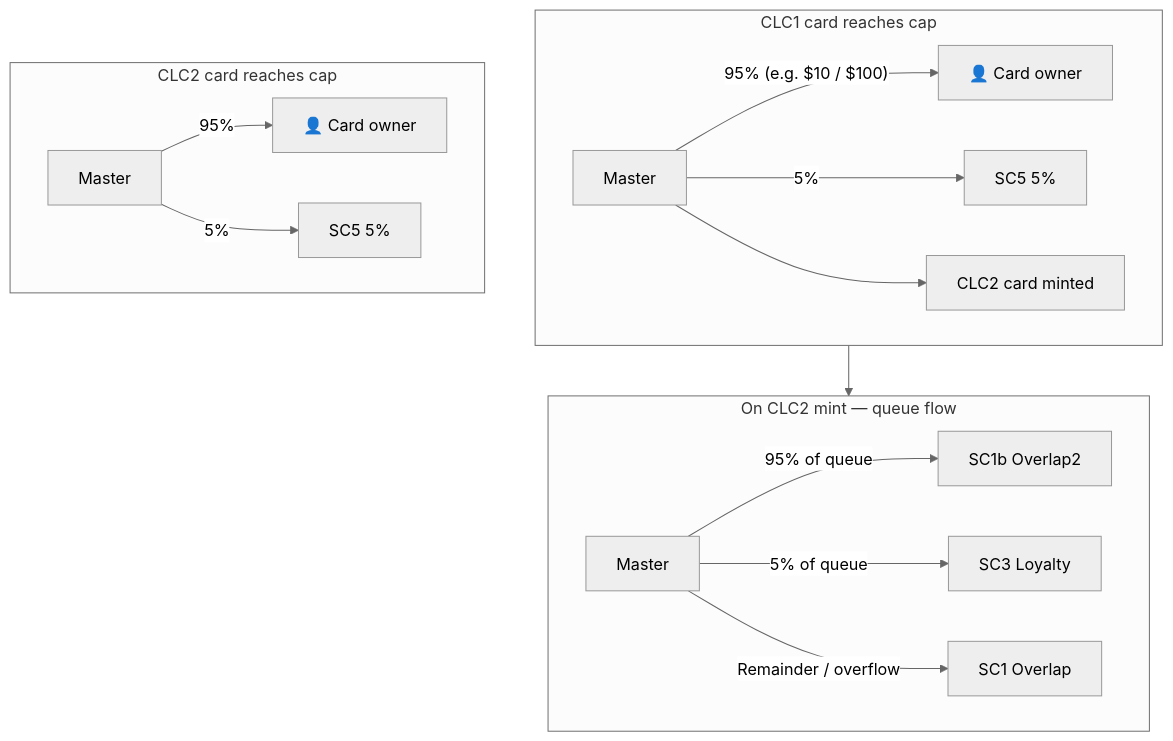
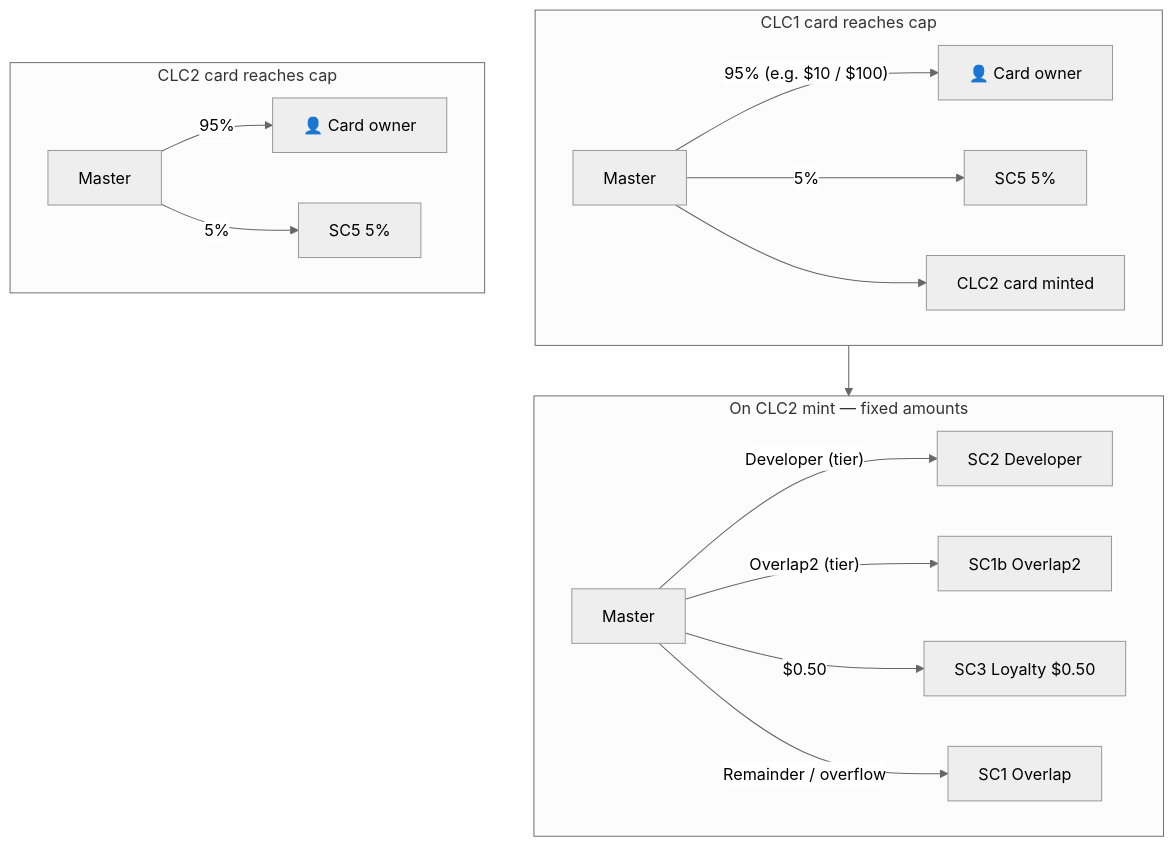
Before and after one commit to psdev0103/TripleC-Doc: the third of 4 diagrams in MAIN_FLOW_AND_CASHFLOW.md, drawn with Mermaid (neutral theme). The commit also changed other lines of this file and 1 other file, not shown here.

````diff
--- a/MAIN_FLOW_AND_CASHFLOW.md
+++ b/MAIN_FLOW_AND_CASHFLOW.md
@@ -350,32 +350,34 @@
 ```mermaid
 flowchart TB
     subgraph CLC1_cap["CLC1 card reaches cap"]
         Master1["Master"]
         User1["👤 Card owner"]
         SC5a["SC5 5%"]
         CLC2["CLC2 card minted"]
         Master1 -->|"95% (e.g. $10 / $100)"| User1
         Master1 -->|"5%"| SC5a
         Master1 --> CLC2
     end
 
-    subgraph CLC2_mint["On CLC2 mint — queue flow"]
+    subgraph CLC2_mint["On CLC2 mint — fixed amounts"]
         Master2["Master"]
+        SC2_c["SC2 Developer"]
         SC1b["SC1b Overlap2"]
-        SC3["SC3 Loyalty"]
+        SC3["SC3 Loyalty $0.50"]
         SC1["SC1 Overlap"]
-        Master2 -->|"95% of queue"| SC1b
-        Master2 -->|"5% of queue"| SC3
+        Master2 -->|"Developer (tier)"| SC2_c
+        Master2 -->|"Overlap2 (tier)"| SC1b
+        Master2 -->|"$0.50"| SC3
         Master2 -->|"Remainder / overflow"| SC1
     end
 
     subgraph CLC2_cap["CLC2 card reaches cap"]
         Master3["Master"]
         User2["👤 Card owner"]
         SC5b["SC5 5%"]
         Master3 -->|"95%"| User2
         Master3 -->|"5%"| SC5b
     end
 
     CLC1_cap --> CLC2_mint
 ```
````
